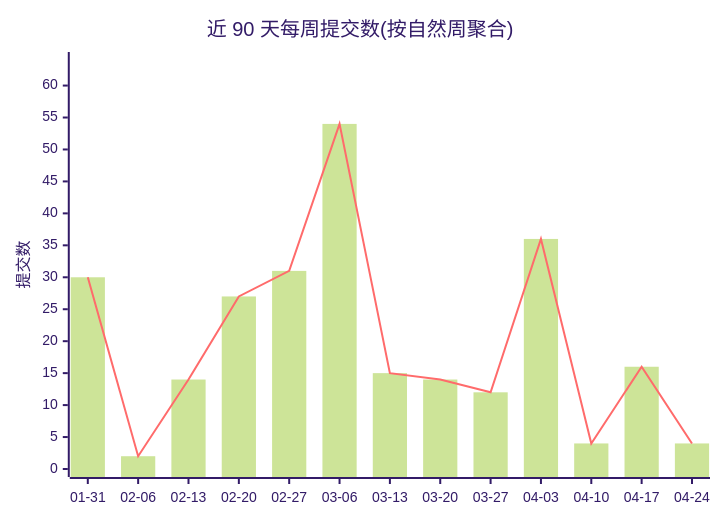
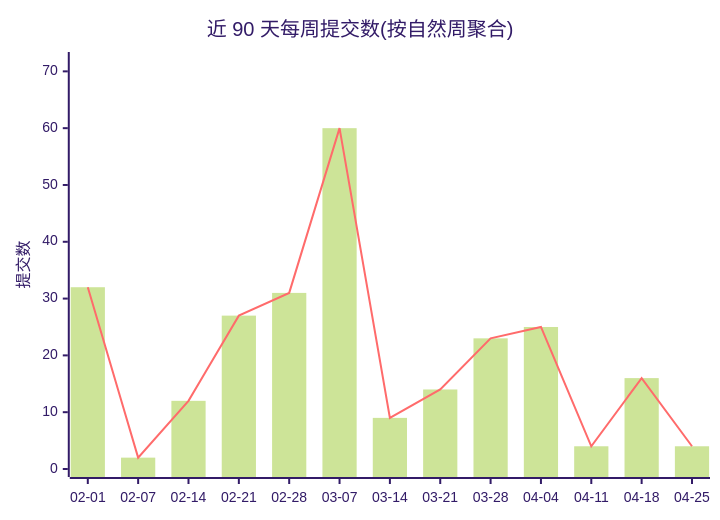
Before and after one commit to Conflux-Union/.github: the first of 2 diagrams in profile/README.md, drawn with Mermaid (forest theme). The commit also changed other lines of this file and 1 other file, not shown here.

Commit message:
chore(stats): refresh org commit stats

````diff
--- a/profile/README.md
+++ b/profile/README.md
@@ -44,8 +44,8 @@
 ```mermaid
 xychart-beta
     title "近 90 天每周提交数(按自然周聚合)"
-    x-axis ["01-31", "02-06", "02-13", "02-20", "02-27", "03-06", "03-13", "03-20", "03-27", "04-03", "04-10", "04-17", "04-24"]
-    y-axis "提交数" 0 --> 64
-    bar [30, 2, 14, 27, 31, 54, 15, 14, 12, 36, 4, 16, 4]
-    line [30, 2, 14, 27, 31, 54, 15, 14, 12, 36, 4, 16, 4]
+    x-axis ["02-01", "02-07", "02-14", "02-21", "02-28", "03-07", "03-14", "03-21", "03-28", "04-04", "04-11", "04-18", "04-25"]
+    y-axis "提交数" 0 --> 72
+    bar [32, 2, 12, 27, 31, 60, 9, 14, 23, 25, 4, 16, 4]
+    line [32, 2, 12, 27, 31, 60, 9, 14, 23, 25, 4, 16, 4]
 ```
````
